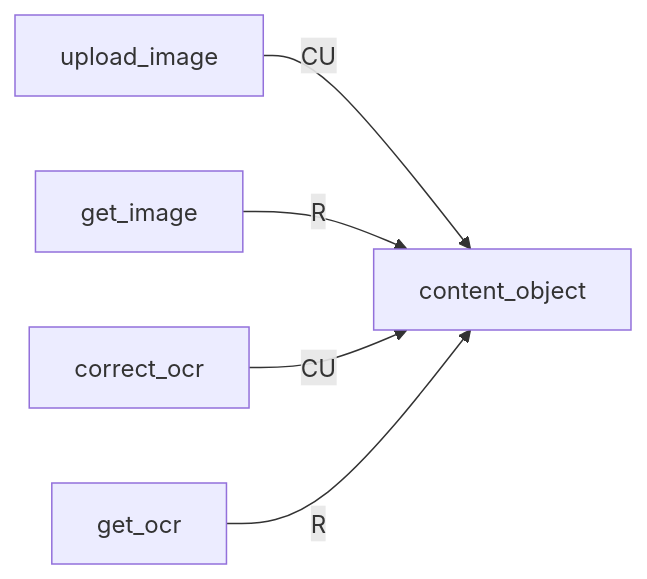
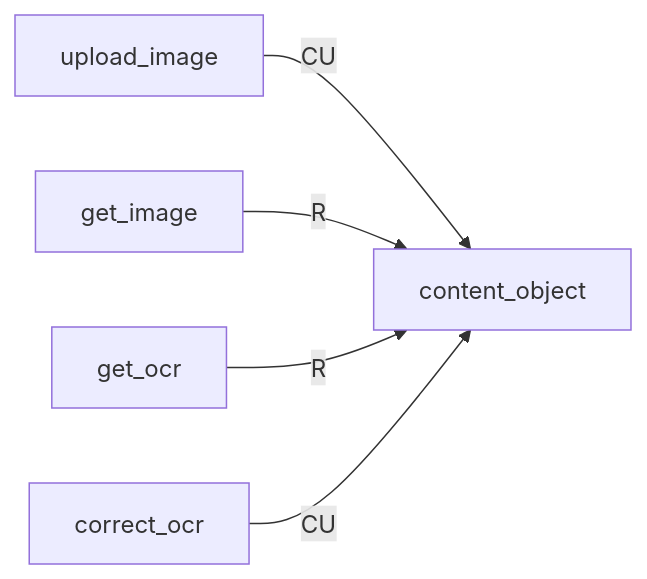
Before and after one commit to tsuji-tomonori/KotoRelay: the second of 4 diagrams in docs/design/generated/crud/objects.md, drawn with Mermaid. The commit also changed other lines of this file and 628 other files, not shown here.

````diff
--- a/docs/design/generated/crud/objects.md
+++ b/docs/design/generated/crud/objects.md
@@ -59,7 +59,7 @@
 ```mermaid
 flowchart LR
     A0["upload_image"] -->|CU| R0["content_object"]
     A1["get_image"] -->|R| R0["content_object"]
-    A2["correct_ocr"] -->|CU| R0["content_object"]
-    A3["get_ocr"] -->|R| R0["content_object"]
+    A2["get_ocr"] -->|R| R0["content_object"]
+    A3["correct_ocr"] -->|CU| R0["content_object"]
 ```
````
